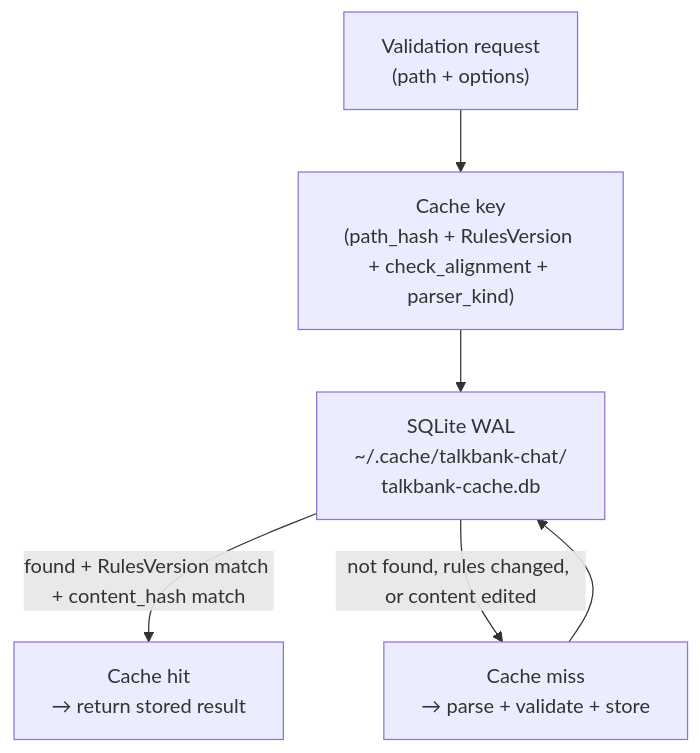
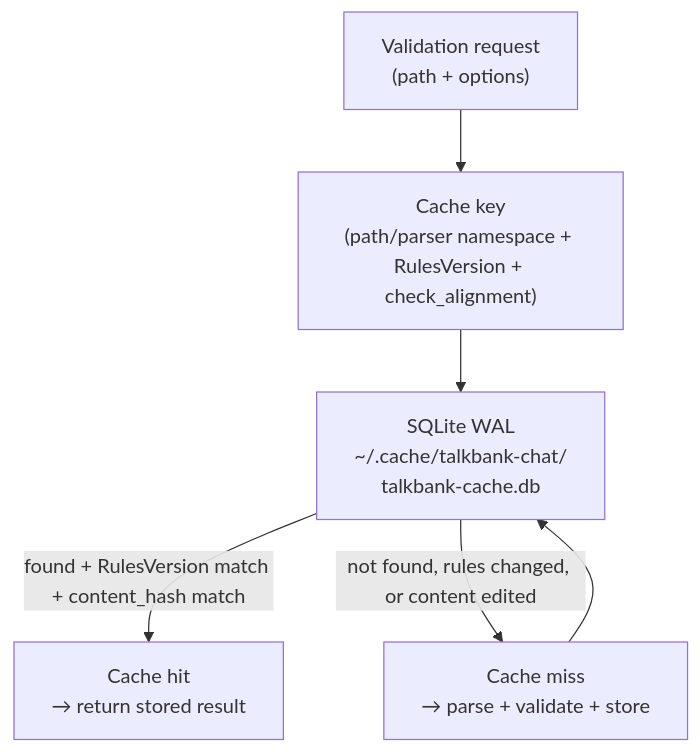
Before and after one commit to TalkBank/chatter: the first of 2 diagrams in book/src/architecture/parser-and-grammar/validation-cache.md, drawn with Mermaid. The commit also changed other lines of this file and 38 other files, not shown here.

First line of the commit message:
fix(cache)!: bind verdicts to parser identity and separate maintenance

````diff
--- a/book/src/architecture/parser-and-grammar/validation-cache.md
+++ b/book/src/architecture/parser-and-grammar/validation-cache.md
@@ -16,13 +16,13 @@
 ```mermaid
 flowchart TD
     req["Validation request\n(path + options)"]
-    key["Cache key\n(path_hash + RulesVersion + check_alignment + parser_kind)"]
+    key["Cache key\n(path/parser namespace + RulesVersion + check_alignment)"]
     db["SQLite WAL\n~/.cache/talkbank-chat/\ntalkbank-cache.db"]
     hit["Cache hit\n→ return stored result"]
     miss["Cache miss\n→ parse + validate + store"]
 
     req --> key --> db
     db -->|"found + RulesVersion match + content_hash match"| hit
     db -->|"not found, rules changed, or content edited"| miss
     miss --> db
 ```
````
